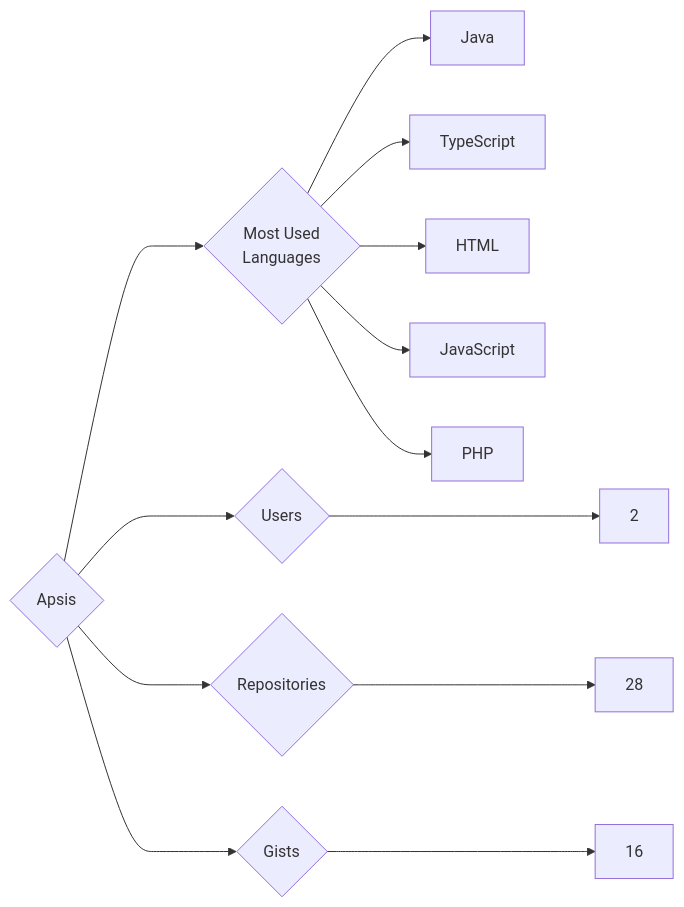
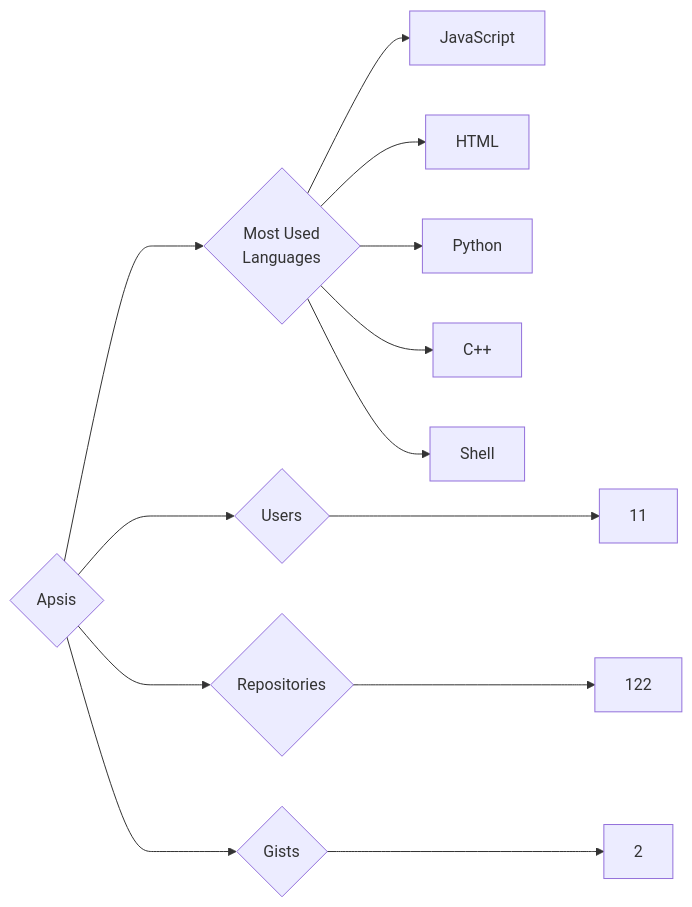
Before and after one commit to trickest/insiders: the diagram in targets/Apsis/README.md, drawn with Mermaid. The commit also changed 837 other files, not shown here.

````diff
--- a/targets/Apsis/README.md
+++ b/targets/Apsis/README.md
@@ -3,13 +3,13 @@
 ```mermaid
 graph LR
 COMPANY_NAME{Apsis}
-COMPANY_NAME ---> U{Users} ---> UN[2]
-COMPANY_NAME ---> R{Repositories} ---> RN[28]
-COMPANY_NAME ---> G{Gists} ---> GN[16]
+COMPANY_NAME ---> U{Users} ---> UN[11]
+COMPANY_NAME ---> R{Repositories} ---> RN[122]
+COMPANY_NAME ---> G{Gists} ---> GN[2]
 COMPANY_NAME ---> ML{Most Used<br>Languages}
-ML --> Java[Java]
-ML --> TypeScript[TypeScript]
+ML --> JavaScript[JavaScript]
 ML --> HTML[HTML]
-ML --> JavaScript[JavaScript]
-ML --> PHP[PHP]
+ML --> Python[Python]
+ML --> C++[C++]
+ML --> Shell[Shell]
 ```
````
